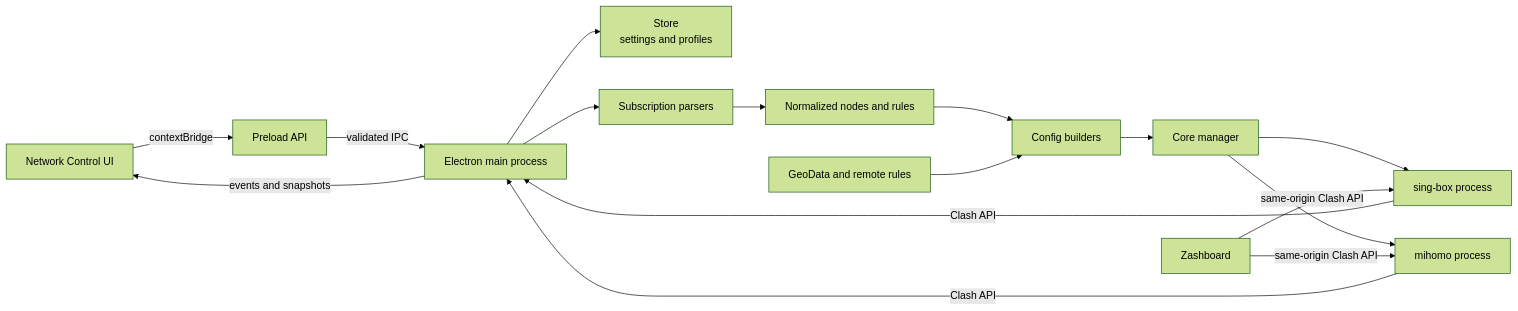
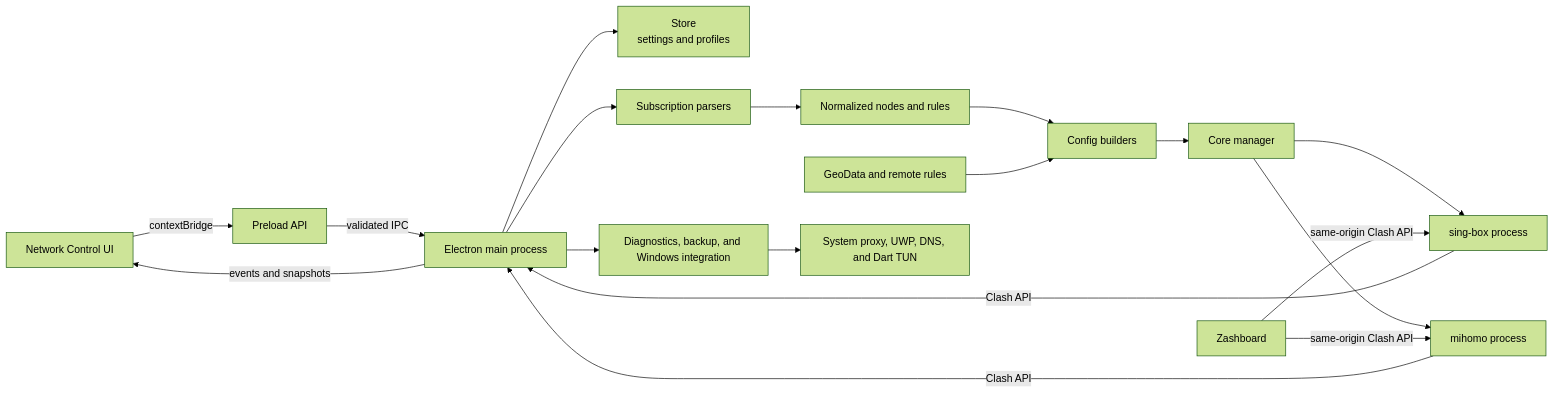
One commit to blakebill/dart changed the first of 2 diagrams in README.md. Above: the diagram before and after it, drawn with Mermaid (forest theme). The commit also changed other lines of this file and 18 other files, not shown here.

````diff
--- a/README.md
+++ b/README.md
@@ -27,22 +69,24 @@
 ```mermaid
 flowchart LR
     UI["Network Control UI"] -->|"contextBridge"| PRELOAD["Preload API"]
     PRELOAD -->|"validated IPC"| MAIN["Electron main process"]
 
     MAIN --> STORE["Store\nsettings and profiles"]
     MAIN --> SUB["Subscription parsers"]
+    MAIN --> TOOLS["Diagnostics, backup, and Windows integration"]
     SUB --> MODEL["Normalized nodes and rules"]
     MODEL --> CONVERT["Config builders"]
 
     CONVERT --> MANAGER["Core manager"]
     MANAGER --> SB["sing-box process"]
     MANAGER --> MH["mihomo process"]
 
     SB -->|"Clash API"| MAIN
     MH -->|"Clash API"| MAIN
     MAIN -->|"events and snapshots"| UI
 
     GEO["GeoData and remote rules"] --> CONVERT
+    TOOLS --> SYSTEM["System proxy, UWP, DNS, and Dart TUN"]
     PANEL["Zashboard"] -->|"same-origin Clash API"| SB
     PANEL -->|"same-origin Clash API"| MH
 ```
````
